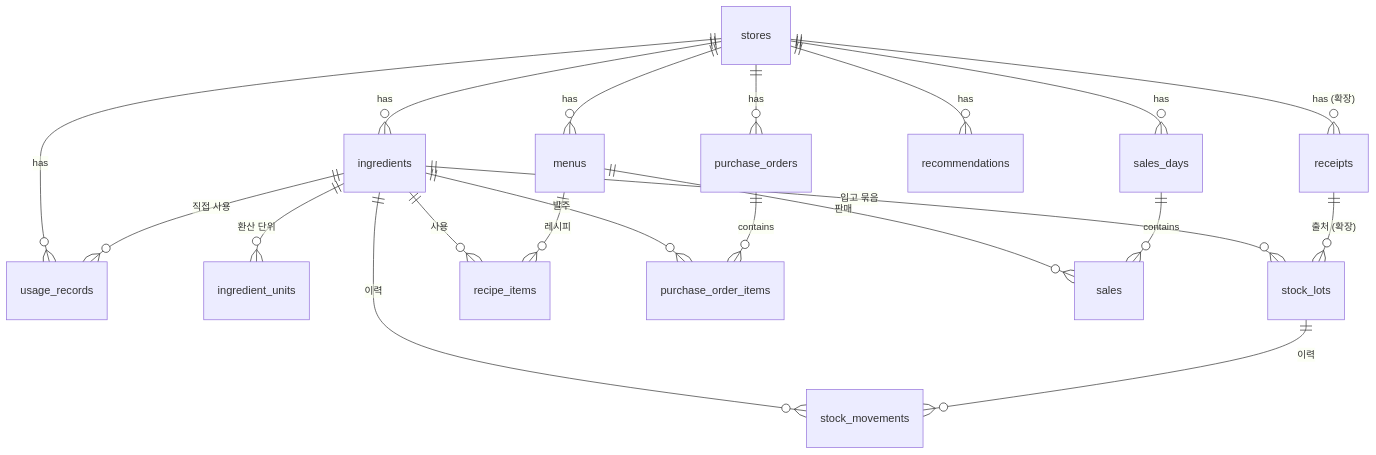
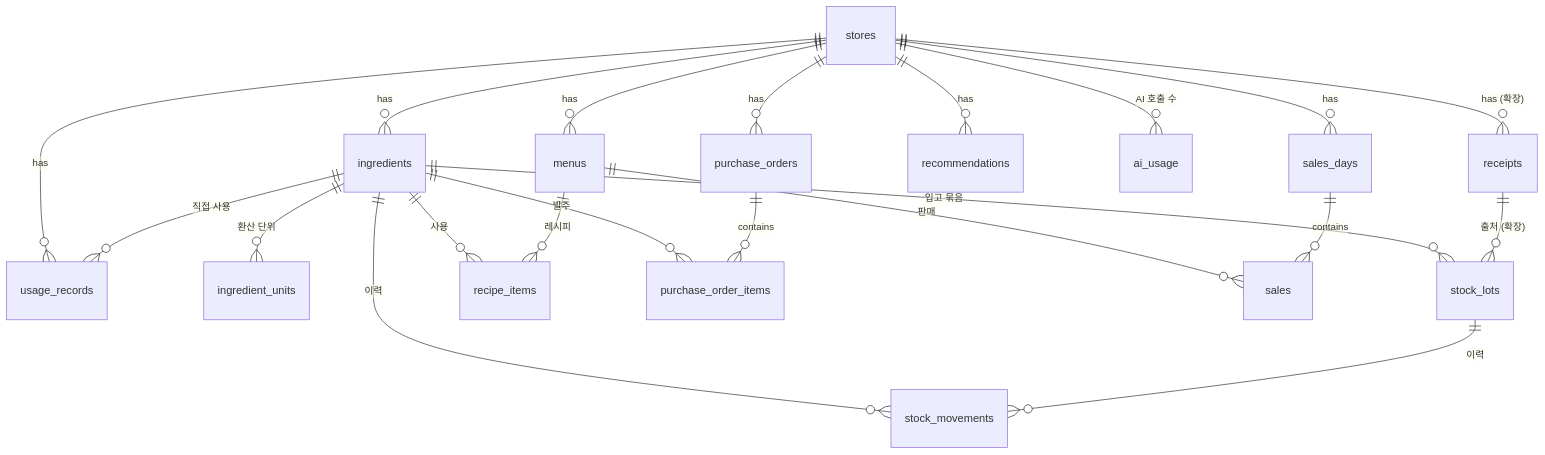
Before and after one commit to semicolon213/infood: the diagram in docs/07_DB.md, drawn with Mermaid. The commit also changed 2 other files, not shown here.

Commit message:
docs(db): ERD에 ai_usage 테이블 추가 (NFR-12, WBS 2.7)
ERD 그림(erd.svg·erd.html)과 Mermaid 원본에 빠져 있던 ai_usage를 넣고,
아래 영역을 넓혀 배치했다. 마이그레이션 0001_init과 테이블 구성이 같아진다.

````diff
--- a/docs/07_DB.md
+++ b/docs/07_DB.md
@@ -23,22 +23,23 @@
 ```mermaid
 erDiagram
     stores ||--o{ ingredients : has
     stores ||--o{ menus : has
     stores ||--o{ sales_days : has
     stores ||--o{ usage_records : has
     stores ||--o{ purchase_orders : has
     stores ||--o{ recommendations : has
+    stores ||--o{ ai_usage : "AI 호출 수"
     ingredients ||--o{ ingredient_units : "환산 단위"
     ingredients ||--o{ stock_lots : "입고 묶음"
     ingredients ||--o{ stock_movements : "이력"
     ingredients ||--o{ recipe_items : "사용"
     ingredients ||--o{ usage_records : "직접 사용"
     ingredients ||--o{ purchase_order_items : "발주"
     stock_lots ||--o{ stock_movements : "이력"
     menus ||--o{ recipe_items : "레시피"
     menus ||--o{ sales : "판매"
     sales_days ||--o{ sales : contains
     purchase_orders ||--o{ purchase_order_items : contains
     stores ||--o{ receipts : "has (확장)"
     receipts ||--o{ stock_lots : "출처 (확장)"
 ```
````
